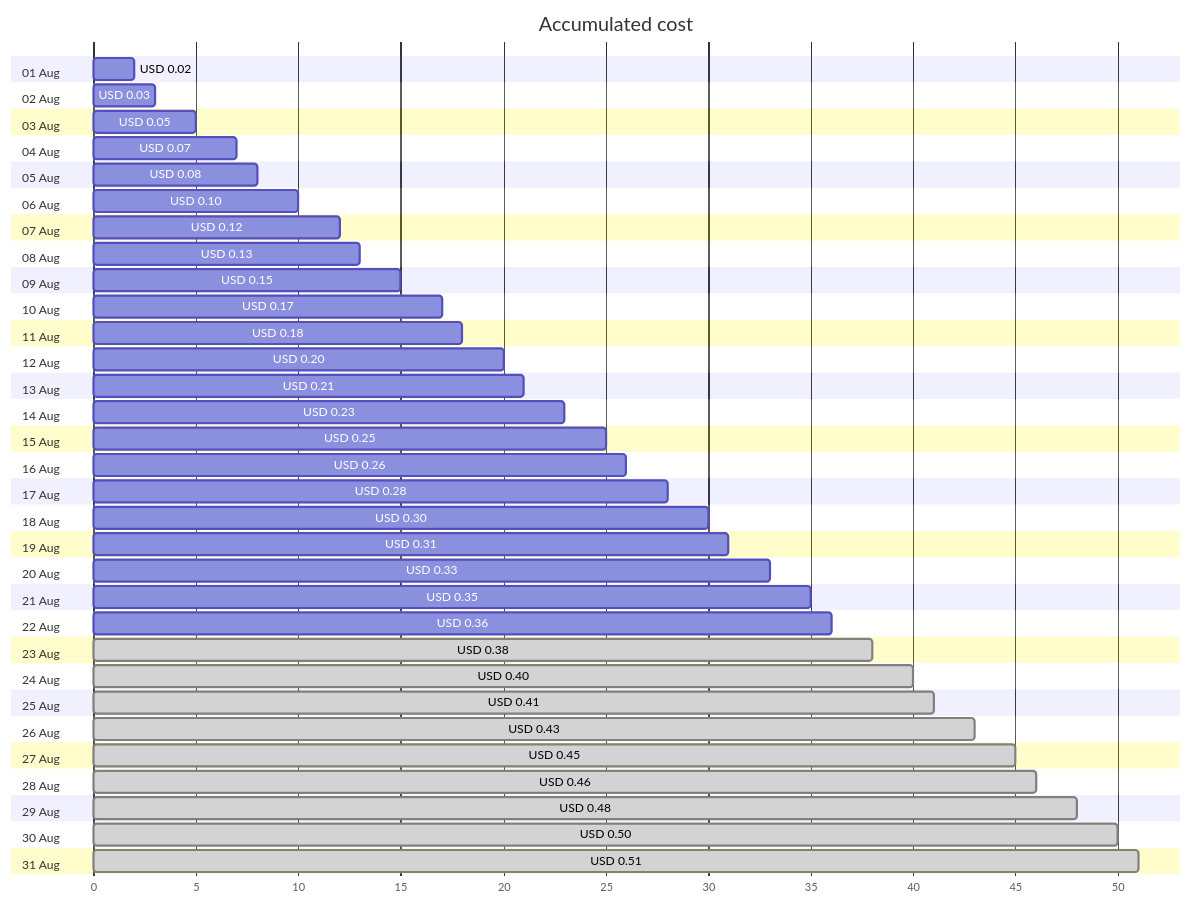
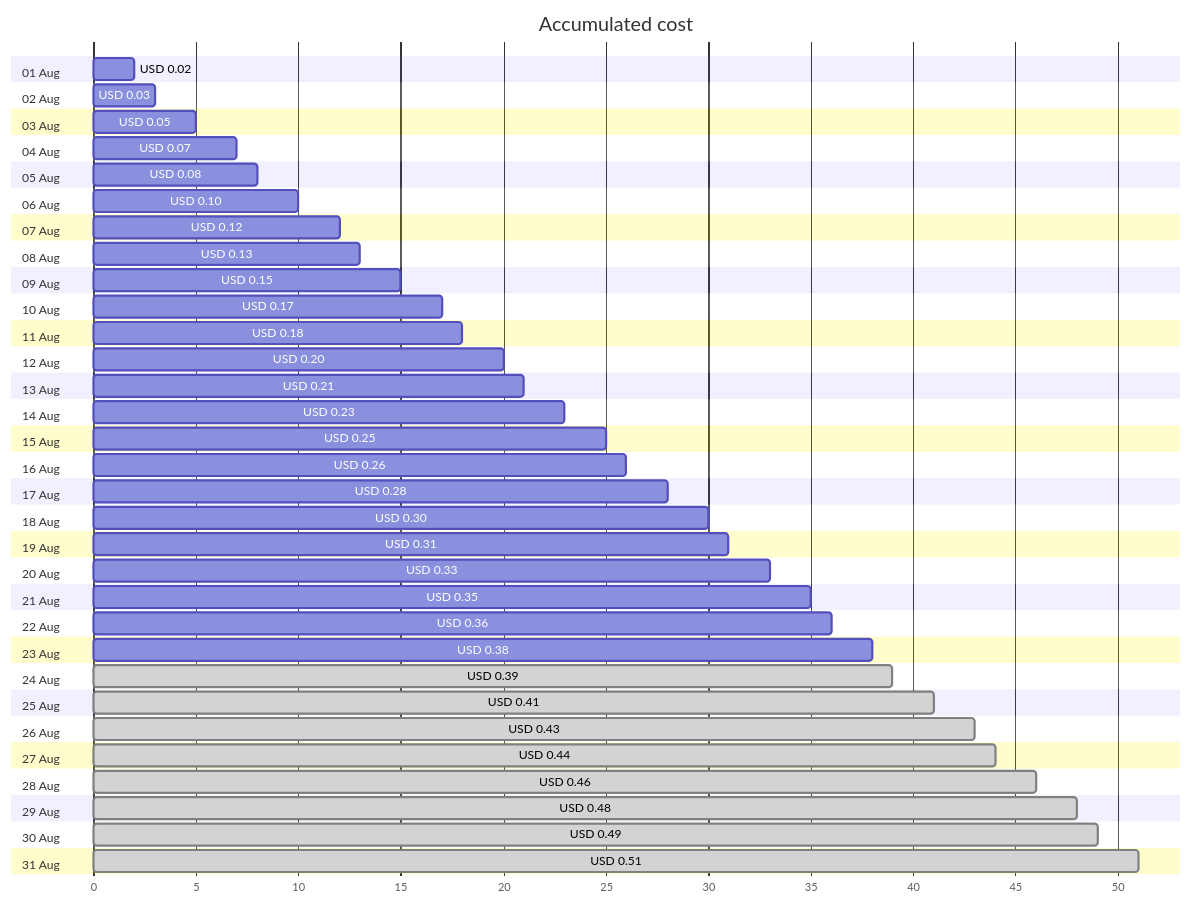
One commit to jpfulton/azure-personal-reports changed the first of 4 diagrams in cost-reports/personal-dns/jpatrickfulton.dev.md. Above: the diagram before and after it, drawn with Mermaid. The commit also changed other lines of this file and 2 other files, not shown here.

````diff
--- a/cost-reports/personal-dns/jpatrickfulton.dev.md
+++ b/cost-reports/personal-dns/jpatrickfulton.dev.md
@@ -20,68 +20,68 @@
 ```mermaid
 gantt
    title Accumulated cost
    dateFormat  X
    axisFormat %s
    section 01 Aug
    USD 0.02 :0, 2
    section 02 Aug
    USD 0.03 :0, 3
    section 03 Aug
    USD 0.05 :0, 5
    section 04 Aug
    USD 0.07 :0, 7
    section 05 Aug
    USD 0.08 :0, 8
    section 06 Aug
    USD 0.10 :0, 10
    section 07 Aug
    USD 0.12 :0, 12
    section 08 Aug
    USD 0.13 :0, 13
    section 09 Aug
    USD 0.15 :0, 15
    section 10 Aug
    USD 0.17 :0, 17
    section 11 Aug
    USD 0.18 :0, 18
    section 12 Aug
    USD 0.20 :0, 20
    section 13 Aug
    USD 0.21 :0, 21
    section 14 Aug
    USD 0.23 :0, 23
    section 15 Aug
    USD 0.25 :0, 25
    section 16 Aug
    USD 0.26 :0, 26
    section 17 Aug
    USD 0.28 :0, 28
    section 18 Aug
    USD 0.30 :0, 30
    section 19 Aug
    USD 0.31 :0, 31
    section 20 Aug
    USD 0.33 :0, 33
    section 21 Aug
    USD 0.35 :0, 35
    section 22 Aug
    USD 0.36 :0, 36
    section 23 Aug
-   USD 0.38 : done, 0, 38
+   USD 0.38 :0, 38
    section 24 Aug
-   USD 0.40 : done, 0, 40
+   USD 0.39 : done, 0, 39
    section 25 Aug
    USD 0.41 : done, 0, 41
    section 26 Aug
    USD 0.43 : done, 0, 43
    section 27 Aug
-   USD 0.45 : done, 0, 45
+   USD 0.44 : done, 0, 44
    section 28 Aug
    USD 0.46 : done, 0, 46
    section 29 Aug
    USD 0.48 : done, 0, 48
    section 30 Aug
-   USD 0.50 : done, 0, 50
+   USD 0.49 : done, 0, 49
    section 31 Aug
    USD 0.51 : done, 0, 51
 ```
````
